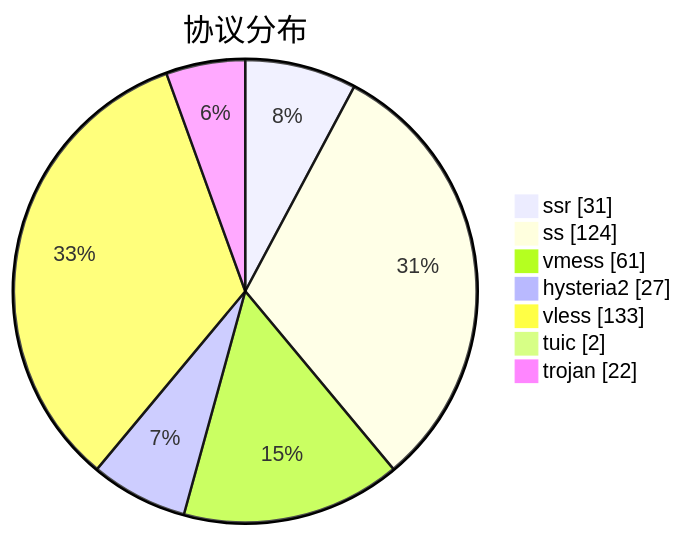
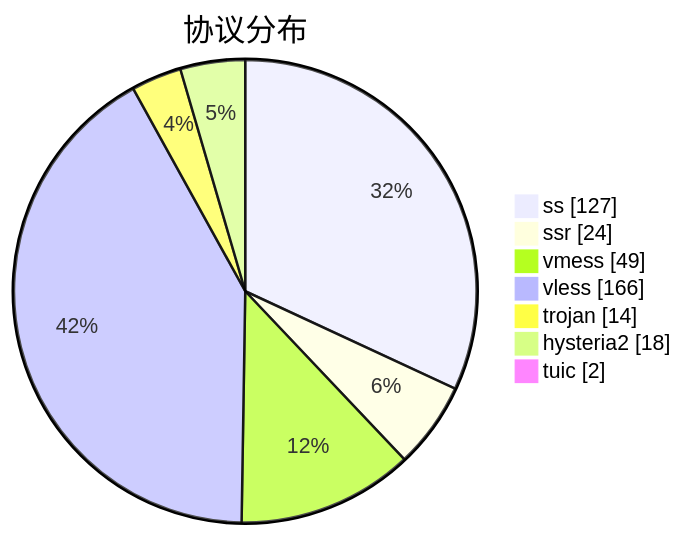
Before and after one commit to qjlxg/airport: the third of 3 diagrams in subs/statistics/tested_within.md, drawn with Mermaid. The commit also changed other lines of this file and 2 other files, not shown here.

````diff
--- a/subs/statistics/tested_within.md
+++ b/subs/statistics/tested_within.md
@@ -38,11 +34,11 @@
 ```mermaid
 pie showData
 title 协议分布
-"ssr" : 31
-"ss" : 124
-"vmess" : 61
-"hysteria2" : 27
-"vless" : 133
+"ss" : 127
+"ssr" : 24
+"vmess" : 49
+"vless" : 166
+"trojan" : 14
+"hysteria2" : 18
 "tuic" : 2
-"trojan" : 22
 ```
````
